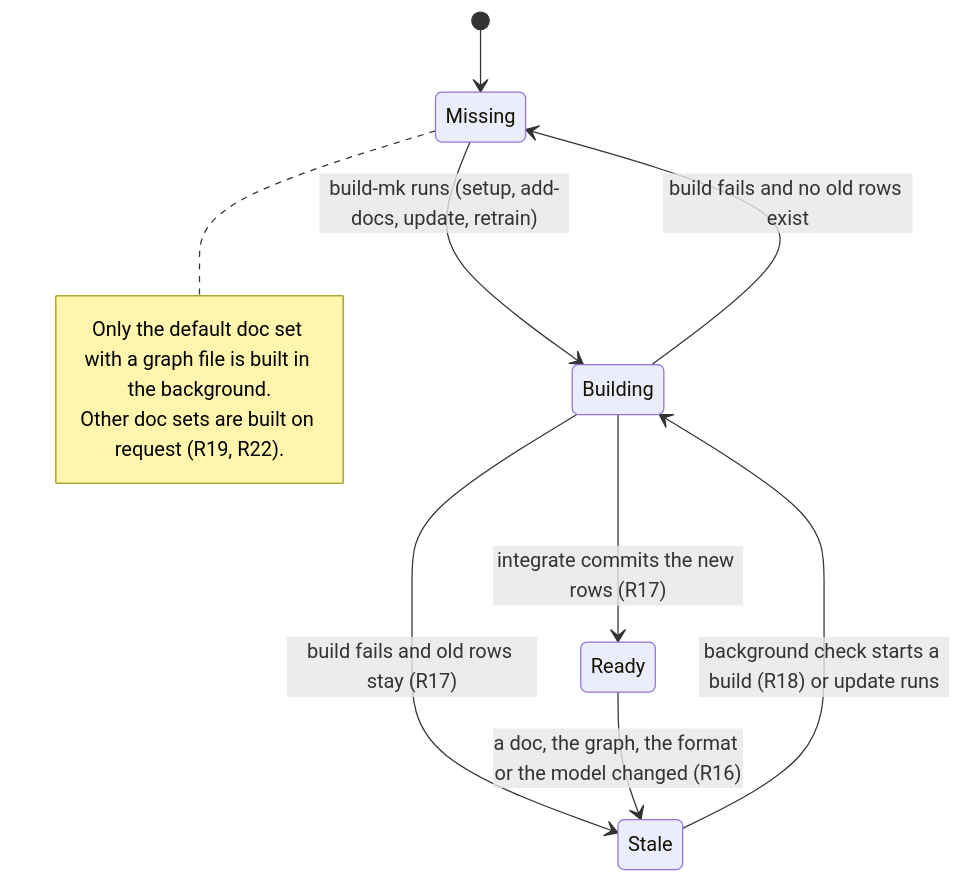
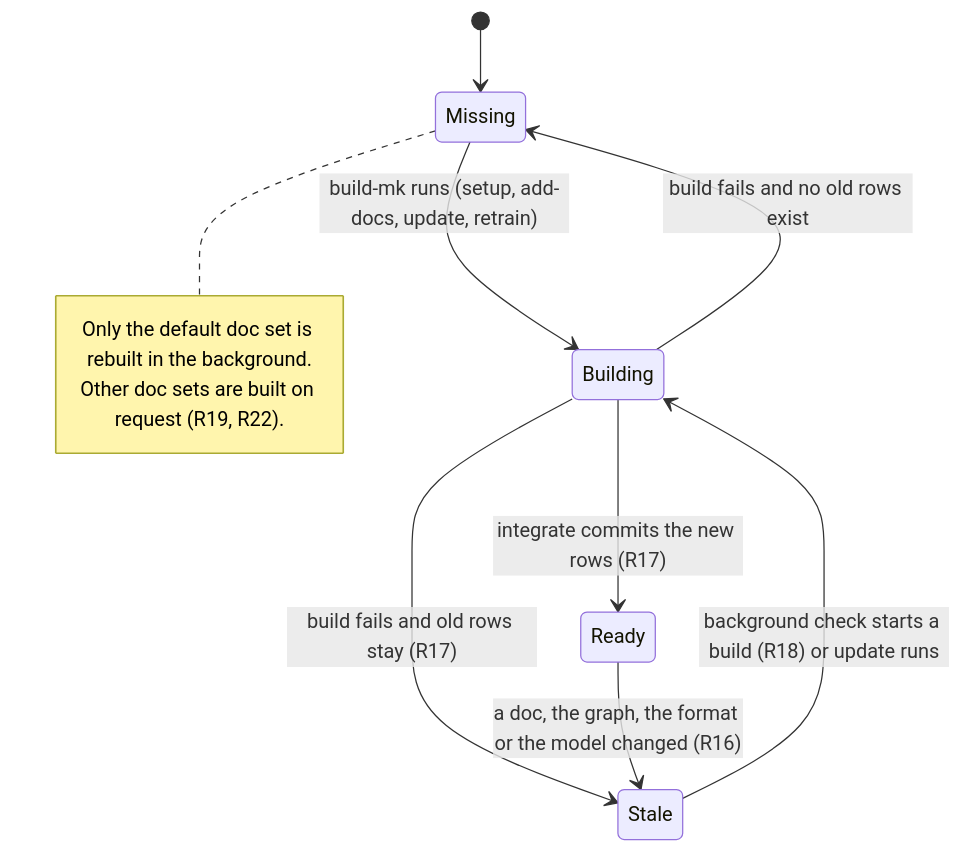
One commit to ThanhNVan/gabriel-plugin changed the first of 2 diagrams in repo-docs/business/03-state-machines.md. Above: the diagram before and after it, drawn with Mermaid. The commit also changed 12 other files, not shown here.

````diff
--- a/repo-docs/business/03-state-machines.md
+++ b/repo-docs/business/03-state-machines.md
@@ -16,14 +16,14 @@
 ```mermaid
 stateDiagram-v2
   [*] --> Missing
   Missing --> Building : build-mk runs (setup, add-docs, update, retrain)
   Building --> Ready : integrate commits the new rows (R17)
   Building --> Missing : build fails and no old rows exist
   Building --> Stale : build fails and old rows stay (R17)
   Ready --> Stale : a doc, the graph, the format or the model changed (R16)
   Stale --> Building : background check starts a build (R18) or update runs
   note right of Missing
-    Only the default doc set with a graph file is built in the background.
+    Only the default doc set is rebuilt in the background.
     Other doc sets are built on request (R19, R22).
   end note
 ```
````
